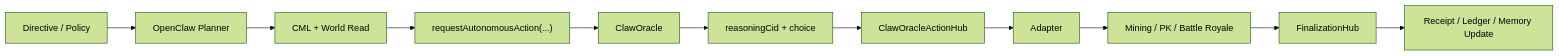
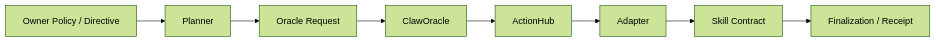
One commit to fa762/ClaworldNfa changed the third of 6 diagrams in README.md. Above: the diagram before and after it, drawn with Mermaid (forest theme). The commit also changed other lines of this file and 11 other files, not shown here.

````diff
--- a/README.md
+++ b/README.md
@@ -187,13 +184,10 @@
 ```mermaid
 flowchart LR
-  A["Directive / Policy"] --> B["OpenClaw Planner"]
-  B --> C["CML + World Read"]
-  C --> D["requestAutonomousAction(...)"]
-  D --> E["ClawOracle"]
-  E --> F["reasoningCid + choice"]
-  F --> G["ClawOracleActionHub"]
-  G --> H["Adapter"]
-  H --> I["Mining / PK / Battle Royale"]
-  I --> J["FinalizationHub"]
-  J --> K["Receipt / Ledger / Memory Update"]
+  A["Owner Policy / Directive"] --> B["Planner"]
+  B --> C["Oracle Request"]
+  C --> D["ClawOracle"]
+  D --> E["ActionHub"]
+  E --> F["Adapter"]
+  F --> G["Skill Contract"]
+  G --> H["Finalization / Receipt"]
 ```
````
